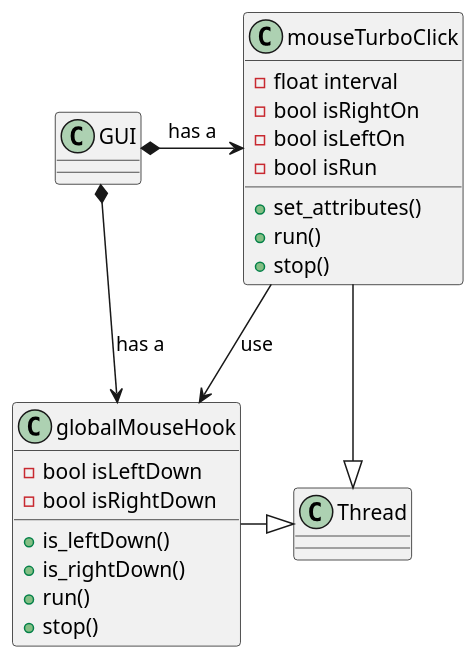
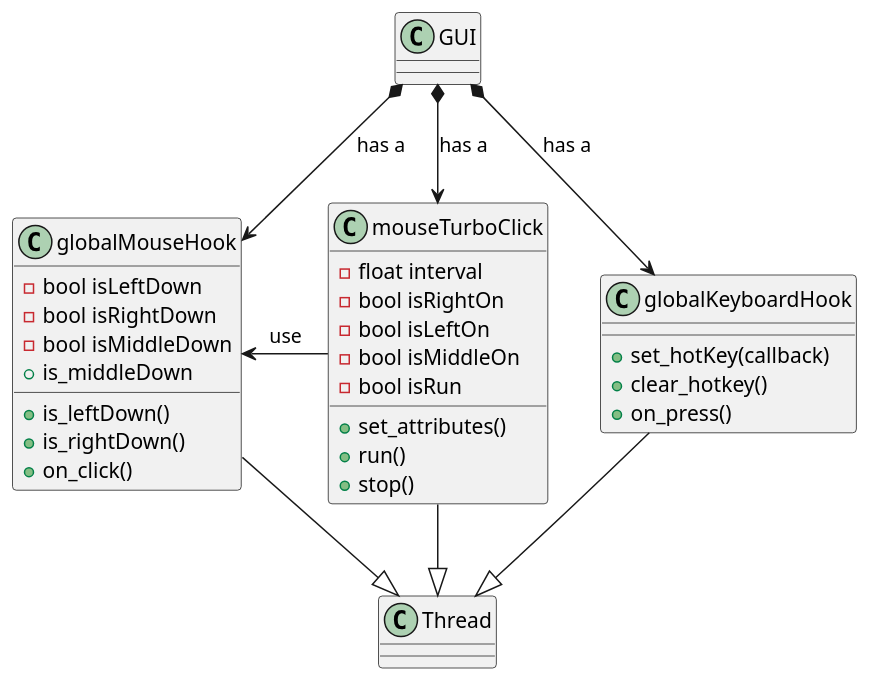
Before and after one commit to gabigon88/MouseTurboClick: the diagram in preview_UML.wsd, drawn with PlantUML. The commit also changed 9 other files, not shown here.

```diff
--- a/preview_UML.wsd
+++ b/preview_UML.wsd
@@ -1,28 +1,37 @@
 @startuml
 scale 1.2
 class GUI
 class globalMouseHook{
     - bool isLeftDown
     - bool isRightDown
+    - bool isMiddleDown
     + is_leftDown()
     + is_rightDown()
-    + run()
-    + stop()
+    + is_middleDown
+    + on_click()
+}
+class globalKeyboardHook{
+    + set_hotKey(callback)
+    + clear_hotkey()
+    + on_press()
 }
 class mouseTurboClick{
     - float interval
     - bool isRightOn
     - bool isLeftOn
+    - bool isMiddleOn
     - bool isRun 
     + set_attributes()
     + run()
     + stop()
 }
 
-globalMouseHook -right-|> Thread
+globalMouseHook --|> Thread
+globalKeyboardHook --|> Thread
 mouseTurboClick --|> Thread
 
 GUI *--> globalMouseHook : has a
-GUI *-right-> mouseTurboClick : has a
-mouseTurboClick --> globalMouseHook : use
+GUI *--> globalKeyboardHook : has a
+GUI *--> mouseTurboClick : has a
+mouseTurboClick -left-> globalMouseHook : use
 @enduml
```
